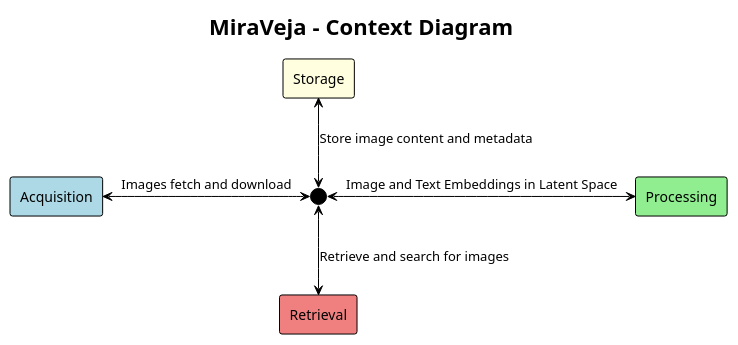
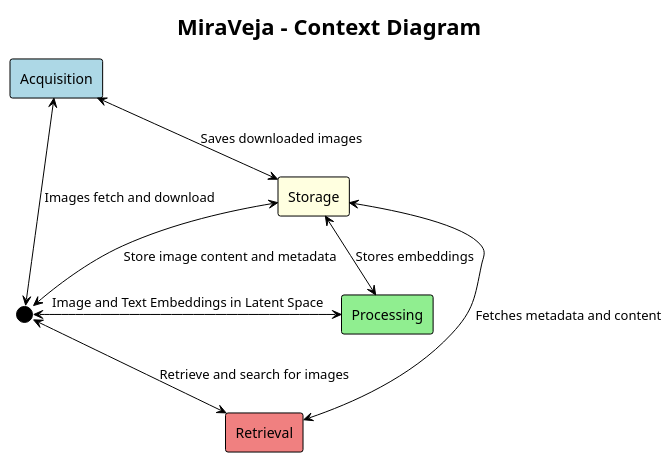
The diagram in docs/context-diagram.puml (JomarJunior/miraveja), drawn with PlantUML before and after one commit. The commit also changed 2 other files, not shown here.

Commit message:
Update diagrams for MiraVeja project: increment version, fix typos, and enhance relationships

```diff
--- a/docs/context-diagram.puml
+++ b/docs/context-diagram.puml
@@ -1,18 +1,22 @@
 @startuml "MiraVeja - Context Diagram"
 !theme plain
 
 title MiraVeja - Context Diagram
 
 ' Contexts declaration
 rectangle "Acquisition" as acquisition #lightblue
 rectangle "Processing" as processing #lightgreen
 rectangle "Retrieval" as retrieval #lightcoral
 rectangle "Storage" as storage #LightYellow
 circle " " as miraveja #Black
 
 miraveja <-l-> acquisition : "Images fetch and download"
 miraveja <-r-> processing : "Image and Text Embeddings in Latent Space"
 miraveja <-d-> retrieval : "Retrieve and search for images"
 miraveja <-u-> storage : "Store image content and metadata"
 
+acquisition <-d-> storage : "Saves downloaded images"
+processing <-u-> storage : "Stores embeddings"
+retrieval <-d-> storage : "Fetches metadata and content"
+
 @enduml
```
